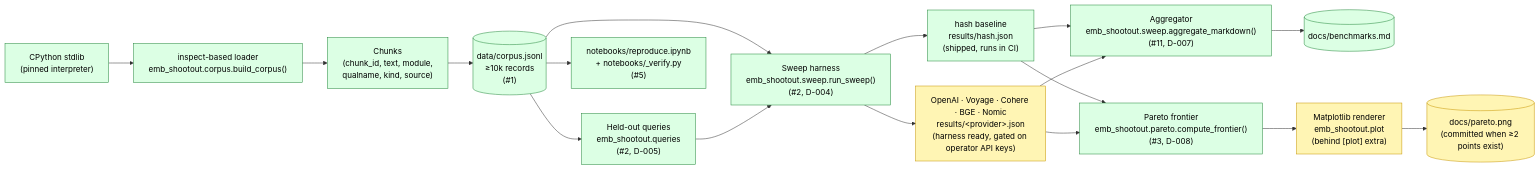
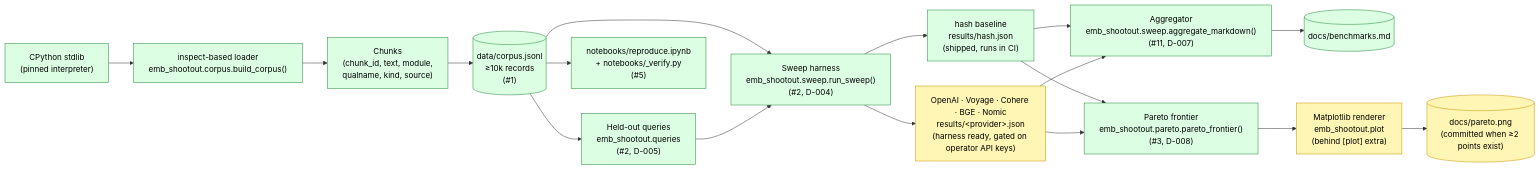
Before and after one commit to jt-mchorse/embedding-model-shootout: the diagram in docs/architecture.md, drawn with Mermaid. The commit also changed other lines of this file and 3 other files, not shown here.

First line of the commit message:
docs(architecture): fix nonexistent compute_frontier ref + run_sweep signature; lock dotted-symbol refs (#71) (#72)

````diff
--- a/docs/architecture.md
+++ b/docs/architecture.md
@@ -5,28 +5,28 @@
 ```mermaid
 flowchart LR
     classDef shipped fill:#dcffe4,stroke:#22863a,color:#000
     classDef opkey   fill:#fff5b4,stroke:#c69400,color:#000
 
     Py["CPython stdlib<br/>(pinned interpreter)"]:::shipped --> Insp["inspect-based loader<br/>emb_shootout.corpus.build_corpus()"]:::shipped
     Insp --> Chunks["Chunks<br/>(chunk_id, text, module,<br/>qualname, kind, source)"]:::shipped
     Chunks --> JSONL[("data/corpus.jsonl<br/>≥10k records<br/>(#1)")]:::shipped
 
     JSONL --> Queries["Held-out queries<br/>emb_shootout.queries<br/>(#2, D-005)"]:::shipped
     JSONL --> Sweep["Sweep harness<br/>emb_shootout.sweep.run_sweep()<br/>(#2, D-004)"]:::shipped
     Queries --> Sweep
     Sweep --> Hash["hash baseline<br/>results/hash.json<br/>(shipped, runs in CI)"]:::shipped
     Sweep --> Real["OpenAI · Voyage · Cohere · BGE · Nomic<br/>results/&lt;provider&gt;.json<br/>(harness ready, gated on operator API keys)"]:::opkey
 
     Hash --> Agg["Aggregator<br/>emb_shootout.sweep.aggregate_markdown()<br/>(#11, D-007)"]:::shipped
     Real --> Agg
     Agg --> Bench[("docs/benchmarks.md")]:::shipped
 
-    Hash --> Pareto["Pareto frontier<br/>emb_shootout.pareto.compute_frontier()<br/>(#3, D-008)"]:::shipped
+    Hash --> Pareto["Pareto frontier<br/>emb_shootout.pareto.pareto_frontier()<br/>(#3, D-008)"]:::shipped
     Real --> Pareto
     Pareto --> Plot["Matplotlib renderer<br/>emb_shootout.plot<br/>(behind [plot] extra)"]:::opkey
     Plot --> PNG[("docs/pareto.png<br/>(committed when ≥2 points exist)")]:::opkey
 
     JSONL --> Notebook["notebooks/reproduce.ipynb<br/>+ notebooks/_verify.py<br/>(#5)"]:::shipped
 
     classDef _legend stroke-dasharray:3 3
 ```
````
